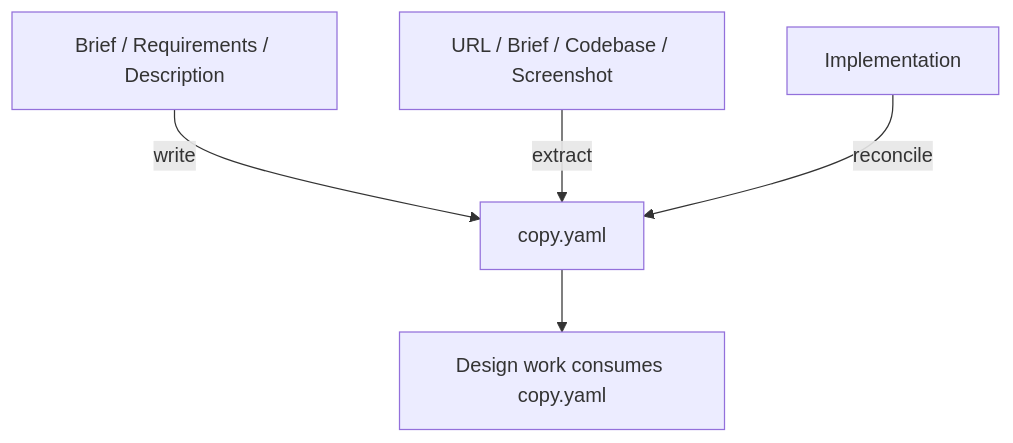
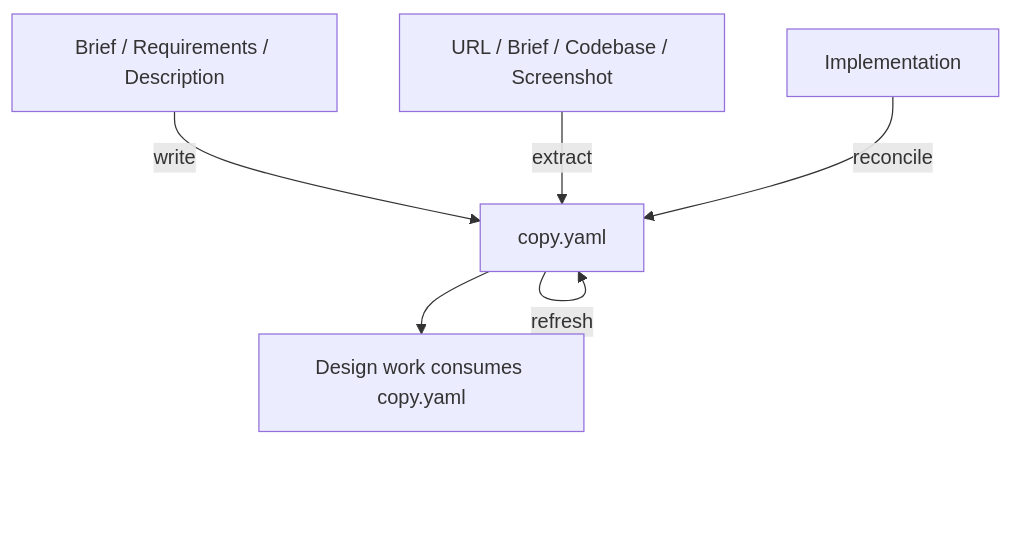
Before and after one commit to adeonir/agent-skills: the diagram in skills/product/copywriting/README.md, drawn with Mermaid. The commit also changed other lines of this file and 4 other files, not shown here.

````diff
--- a/skills/product/copywriting/README.md
+++ b/skills/product/copywriting/README.md
@@ -7,7 +7,8 @@
 ```mermaid
 flowchart TD
     Intent[Brief / Requirements / Description] -->|write| B[copy.yaml]
     A[URL / Brief / Codebase / Screenshot] -->|extract| B
     Impl[Implementation] -->|reconcile| B
+    B -->|refresh| B
     B --> D[Design work consumes copy.yaml]
 ```
````
